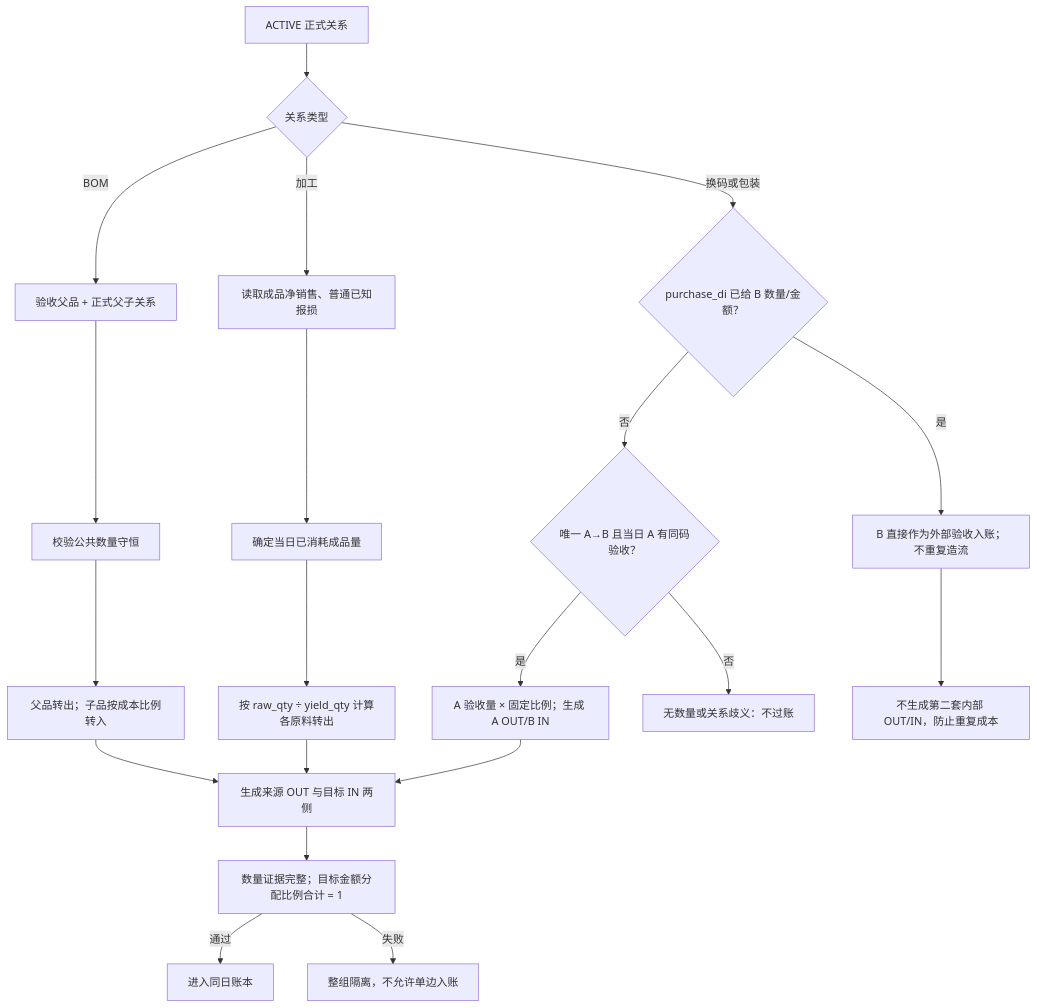
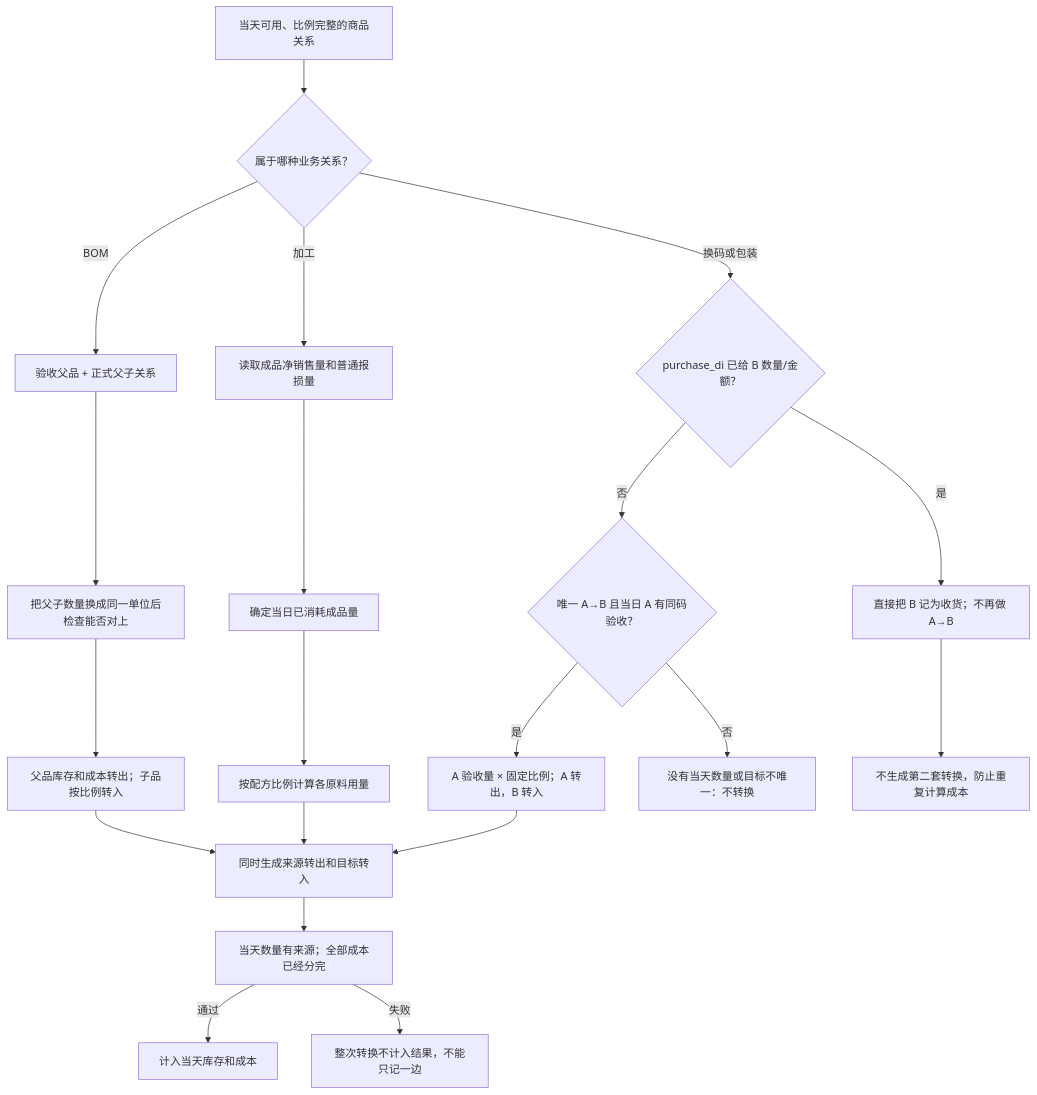
The fourth of 8 diagrams in fmetl/README.md (kate636/cuihua-data), drawn with Mermaid before and after one commit. The commit also changed other lines of this file and 8 other files, not shown here.

````diff
--- a/fmetl/README.md
+++ b/fmetl/README.md
@@ -255,26 +284,26 @@
 ```mermaid
 flowchart TB
-    REL["ACTIVE 正式关系"] --> TYPE{"关系类型"}
+    REL["当天可用、比例完整的商品关系"] --> TYPE{"属于哪种业务关系？"}
 
     TYPE -->|BOM| B1["验收父品 + 正式父子关系"]
-    B1 --> B2["校验公共数量守恒"]
-    B2 --> B3["父品转出；子品按成本比例转入"]
+    B1 --> B2["把父子数量换成同一单位后检查能否对上"]
+    B2 --> B3["父品库存和成本转出；子品按比例转入"]
 
-    TYPE -->|加工| P1["读取成品净销售、普通已知报损"]
+    TYPE -->|加工| P1["读取成品净销售量和普通报损量"]
     P1 --> P2["确定当日已消耗成品量"]
-    P2 --> P3["按 raw_qty ÷ yield_qty 计算各原料转出"]
+    P2 --> P3["按配方比例计算各原料用量"]
 
     TYPE -->|换码或包装| C1{"purchase_di 已给 B 数量/金额？"}
-    C1 -->|是| C2["B 直接作为外部验收入账；不重复造流"]
+    C1 -->|是| C2["直接把 B 记为收货；不再做 A→B"]
     C1 -->|否| C3{"唯一 A→B 且当日 A 有同码验收？"}
-    C3 -->|是| C4["A 验收量 × 固定比例；生成 A OUT/B IN"]
-    C3 -->|否| C5["无数量或关系歧义：不过账"]
+    C3 -->|是| C4["A 验收量 × 固定比例；A 转出，B 转入"]
+    C3 -->|否| C5["没有当天数量或目标不唯一：不转换"]
 
-    B3 --> LEGS["生成来源 OUT 与目标 IN 两侧"]
+    B3 --> LEGS["同时生成来源转出和目标转入"]
     P3 --> LEGS
-    C2 --> DIRECT["不生成第二套内部 OUT/IN，防止重复成本"]
+    C2 --> DIRECT["不生成第二套转换，防止重复计算成本"]
     C4 --> LEGS
-    LEGS --> CHECK["数量证据完整；目标金额分配比例合计 = 1"]
-    CHECK -->|通过| POST["进入同日账本"]
-    CHECK -->|失败| QUAR["整组隔离，不允许单边入账"]
+    LEGS --> CHECK["当天数量有来源；全部成本已经分完"]
+    CHECK -->|通过| POST["计入当天库存和成本"]
+    CHECK -->|失败| QUAR["整次转换不计入结果，不能只记一边"]
 ```
````
